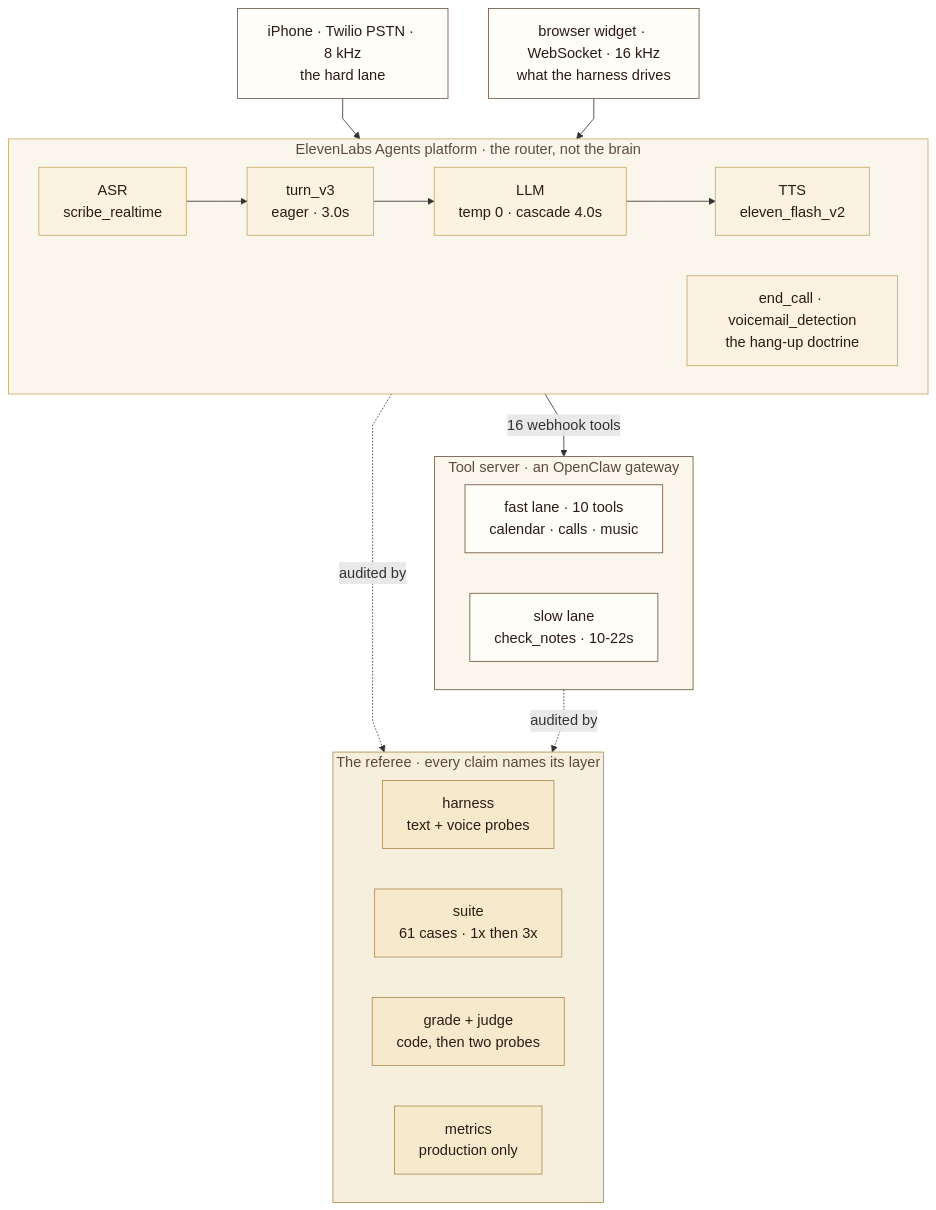
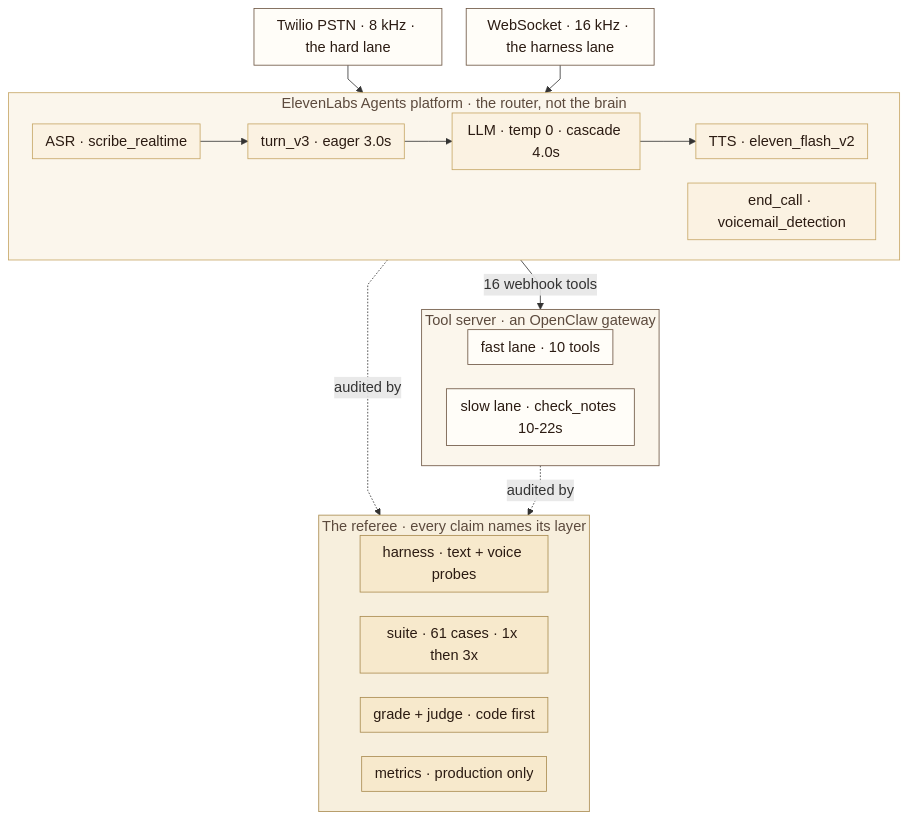
The diagram in README.md (jameswniu/realtime-voice-agent-turn-taking-stack), drawn with Mermaid before and after one commit.

Commit message:
soft-v2: compact single-line mermaid labels, larger effective type
GitHub renders mermaid in a fit-to-box viewer and strips br tags, so
two-line labels were mashing into one and the whole diagram scaled small.
Single-line labels, tighter node and rank spacing, and an 18px base font
shrink the bounding box so the text renders larger at any zoom.

````diff
--- a/README.md
+++ b/README.md
@@ -46,44 +46,44 @@
 ```mermaid
-%%{init: {'flowchart': {'curve': 'linear', 'useMaxWidth': false}, 'themeVariables': {'fontSize': '18px'}}}%%
+%%{init: {'flowchart': {'curve': 'linear', 'nodeSpacing': 30, 'rankSpacing': 34, 'padding': 8}, 'themeVariables': {'fontSize': '18px'}}}%%
 flowchart TD
-    PSTN["iPhone · Twilio PSTN · 8 kHz<br/>the hard lane"]
-    WS["browser widget · WebSocket · 16 kHz<br/>what the harness drives"]
+    PSTN["Twilio PSTN · 8 kHz · the hard lane"]
+    WS["WebSocket · 16 kHz · the harness lane"]
 
     subgraph AGENT["ElevenLabs Agents platform · the router, not the brain"]
         direction LR
-        ASR["ASR<br/>scribe_realtime"] --> TURN["turn_v3<br/>eager · 3.0s"] --> LLM["LLM<br/>temp 0 · cascade 4.0s"] --> TTS["TTS<br/>eleven_flash_v2"]
-        SYS["end_call · voicemail_detection<br/>the hang-up doctrine"]
+        ASR["ASR · scribe_realtime"] --> TURN["turn_v3 · eager 3.0s"] --> LLM["LLM · temp 0 · cascade 4.0s"] --> TTS["TTS · eleven_flash_v2"]
+        SYS["end_call · voicemail_detection"]
     end
 
     subgraph TOOLS["Tool server · an OpenClaw gateway"]
         direction LR
-        FAST["fast lane · 10 tools<br/>calendar · calls · music"]
-        SLOW["slow lane<br/>check_notes · 10-22s"]
+        FAST["fast lane · 10 tools"]
+        SLOW["slow lane · check_notes 10-22s"]
     end
 
     subgraph REF["The referee · every claim names its layer"]
         direction LR
-        HARN["harness<br/>text + voice probes"]
-        SUITE["suite<br/>61 cases · 1x then 3x"]
-        GJ["grade + judge<br/>code, then two probes"]
-        MET["metrics<br/>production only"]
+        HARN["harness · text + voice probes"]
+        SUITE["suite · 61 cases · 1x then 3x"]
+        GJ["grade + judge · code first"]
+        MET["metrics · production only"]
     end
 
     PSTN --> AGENT
     WS --> AGENT
     AGENT -->|"16 webhook tools"| TOOLS
     AGENT -.->|"audited by"| REF
     TOOLS -.->|"audited by"| REF
 
     classDef caller fill:#FFFDF8,stroke:#6B5340,color:#2B1B12
     classDef agent fill:#FBF2E2,stroke:#C6A664,color:#2B1B12
     classDef tool fill:#FFFDF8,stroke:#6B5340,color:#2B1B12
     classDef ref fill:#F7E9CC,stroke:#A98B4F,color:#2B1B12
     class PSTN,WS caller
     class ASR,TURN,LLM,TTS,SYS agent
     class FAST,SLOW tool
     class HARN,SUITE,GJ,MET ref
     style AGENT fill:#FBF6EC,stroke:#C6A664,color:#5C4A3D
     style TOOLS fill:#FBF6EC,stroke:#6B5340,color:#5C4A3D
     style REF fill:#F7EFDD,stroke:#A98B4F,color:#5C4A3D
 ```
````
